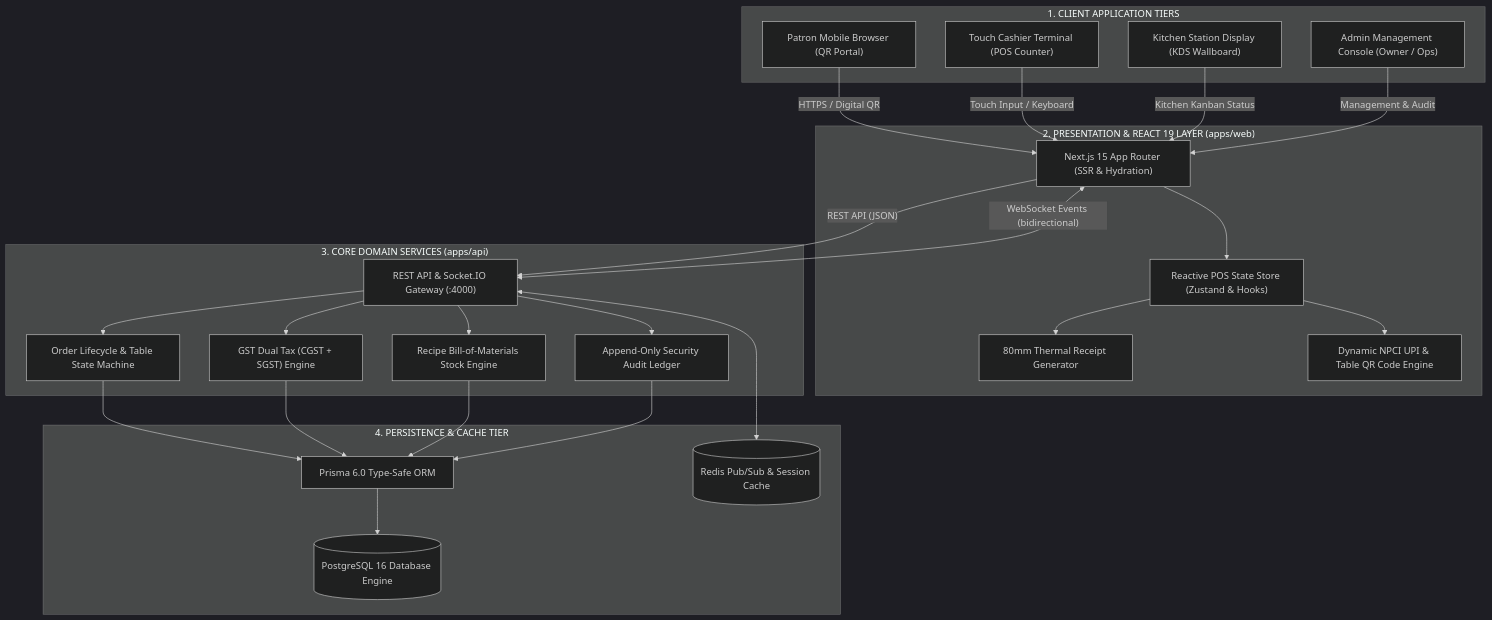
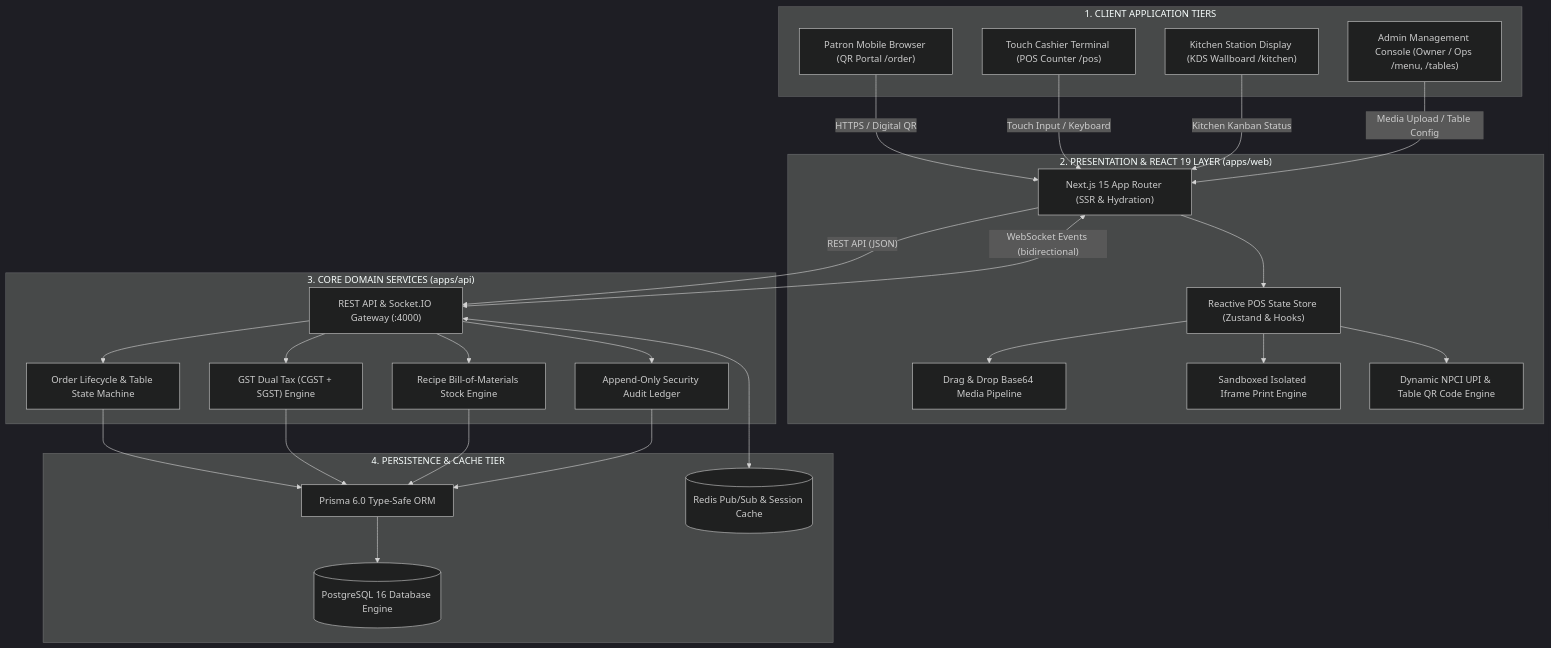
Before and after one commit to Gautamgiri798/ORDRIVA: the first of 3 diagrams in README.md, drawn with Mermaid (dark theme). The commit also changed other lines of this file and 1 other file, not shown here.

````diff
--- a/README.md
+++ b/README.md
@@ -62,55 +63,57 @@
 ```mermaid
 flowchart TD
     subgraph Clients["1. CLIENT APPLICATION TIERS"]
-        Patron["Patron Mobile Browser (QR Portal)"]
-        Cashier["Touch Cashier Terminal (POS Counter)"]
-        Chef["Kitchen Station Display (KDS Wallboard)"]
-        Admin["Admin Management Console (Owner / Ops)"]
+        Patron["Patron Mobile Browser (QR Portal /order)"]
+        Cashier["Touch Cashier Terminal (POS Counter /pos)"]
+        Chef["Kitchen Station Display (KDS Wallboard /kitchen)"]
+        Admin["Admin Management Console (Owner / Ops /menu, /tables)"]
     end
 
     subgraph Presentation["2. PRESENTATION & REACT 19 LAYER (apps/web)"]
         AppRouter["Next.js 15 App Router (SSR & Hydration)"]
         Store["Reactive POS State Store (Zustand & Hooks)"]
-        ReceiptEngine["80mm Thermal Receipt Generator"]
+        MediaEngine["Drag & Drop Base64 Media Pipeline"]
+        PrintEngine["Sandboxed Isolated Iframe Print Engine"]
         QRGen["Dynamic NPCI UPI & Table QR Code Engine"]
     end
 
     subgraph ServiceLayer["3. CORE DOMAIN SERVICES (apps/api)"]
         APIGateway["REST API & Socket.IO Gateway (:4000)"]
         OrderService["Order Lifecycle & Table State Machine"]
         TaxService["GST Dual Tax (CGST + SGST) Engine"]
         BoMService["Recipe Bill-of-Materials Stock Engine"]
         AuditService["Append-Only Security Audit Ledger"]
     end
 
     subgraph StorageLayer["4. PERSISTENCE & CACHE TIER"]
         PrismaORM["Prisma 6.0 Type-Safe ORM"]
         PostgresDB[("PostgreSQL 16 Database Engine")]
         RedisCache[("Redis Pub/Sub & Session Cache")]
     end
 
     Patron -->|"HTTPS / Digital QR"| AppRouter
     Cashier -->|"Touch Input / Keyboard"| AppRouter
     Chef -->|"Kitchen Kanban Status"| AppRouter
-    Admin -->|"Management & Audit"| AppRouter
+    Admin -->|"Media Upload / Table Config"| AppRouter
 
     AppRouter --> Store
-    Store --> ReceiptEngine
+    Store --> MediaEngine
+    Store --> PrintEngine
     Store --> QRGen
 
     AppRouter -->|"REST API (JSON)"| APIGateway
     AppRouter <-->|"WebSocket Events (bidirectional)"| APIGateway
 
     APIGateway --> OrderService
     APIGateway --> TaxService
     APIGateway --> BoMService
     APIGateway --> AuditService
 
     OrderService --> PrismaORM
     TaxService --> PrismaORM
     BoMService --> PrismaORM
     AuditService --> PrismaORM
 
     PrismaORM --> PostgresDB
     APIGateway <--> RedisCache
 ```
````
